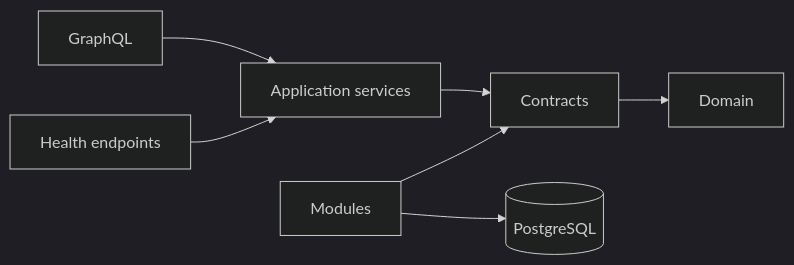
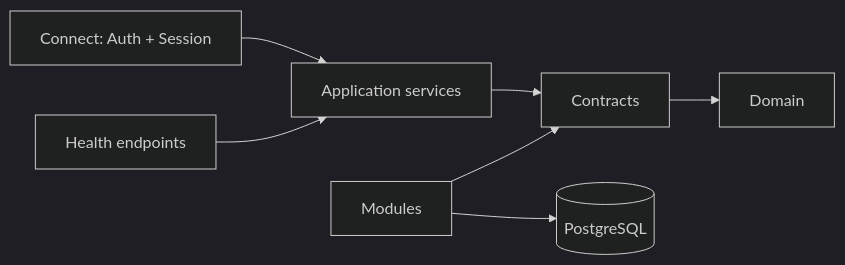
The diagram in docs/architecture.md (mosaic-media/architecture), drawn with Mermaid (dark theme) before and after one commit. The commit also changed other lines of this file and 4 other files, not shown here.

````diff
--- a/docs/architecture.md
+++ b/docs/architecture.md
@@ -15,17 +15,17 @@
 ```mermaid
 flowchart LR
-    GQL["GraphQL"]
+    RPC["Connect: Auth + Session"]
     HTTP["Health endpoints"]
     APP["Application services"]
     CON["Contracts"]
     DOM["Domain"]
     MOD["Modules"]
     PG[("PostgreSQL")]
 
-    GQL --> APP
+    RPC --> APP
     HTTP --> APP
     APP --> CON
     CON --> DOM
     MOD --> CON
     MOD --> PG
 ```
````
